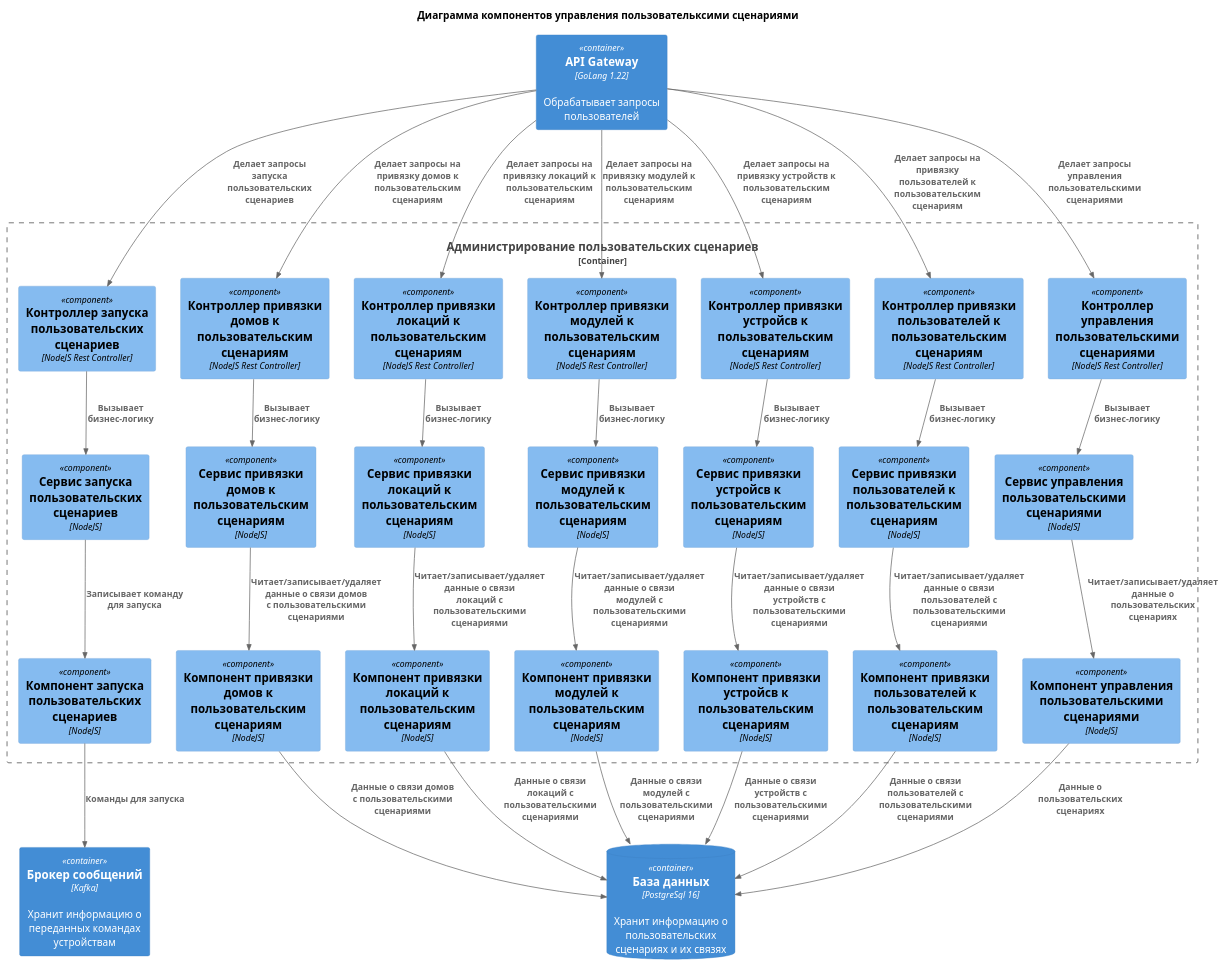
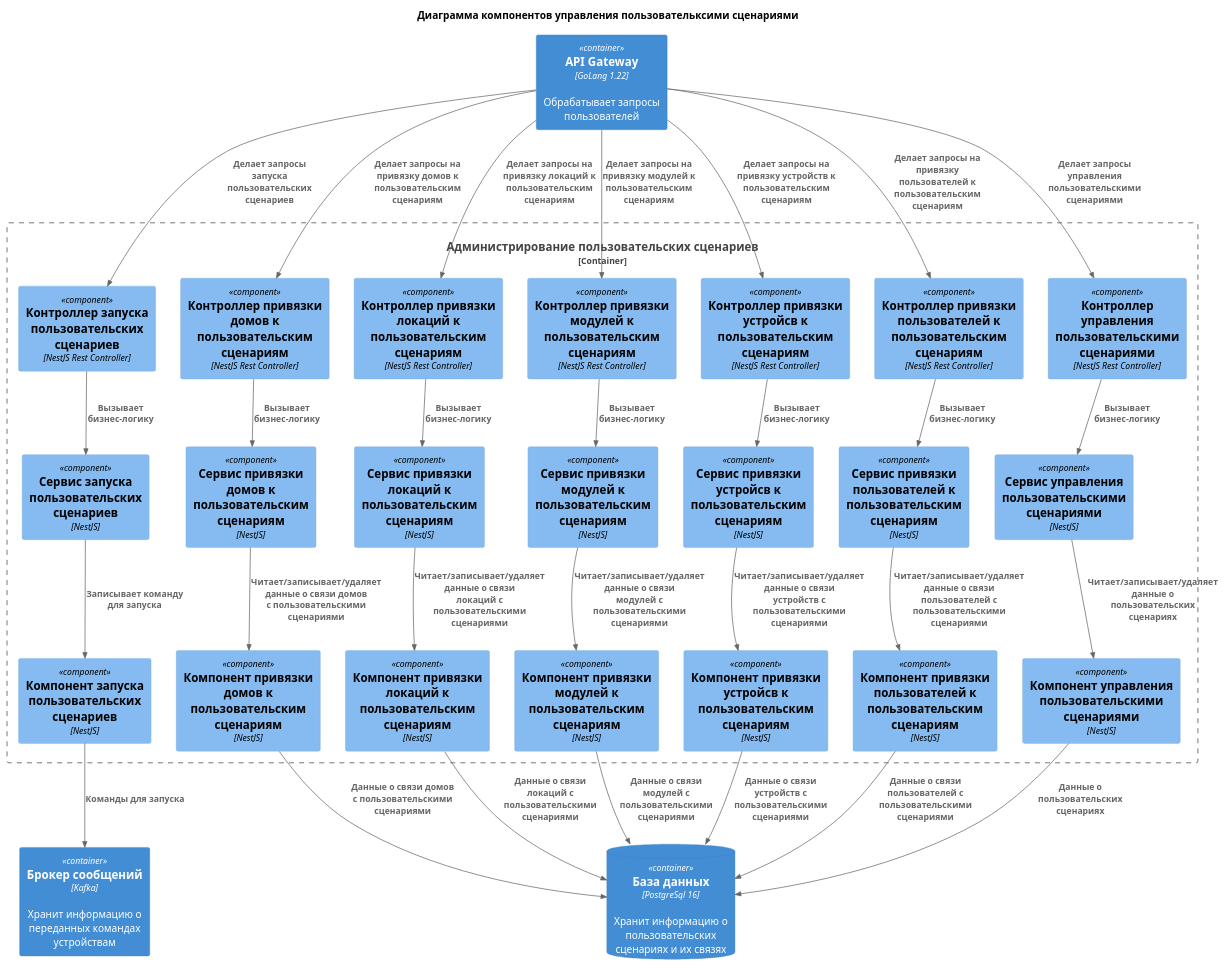
The diagram in diagrams/components/Scenarios.puml (xSparKIx/architecture-pro-warmhouse), drawn with PlantUML before and after one commit. The commit also changed 31 other files, not shown here.

```diff
--- a/diagrams/components/Scenarios.puml
+++ b/diagrams/components/Scenarios.puml
@@ -1,91 +1,91 @@
 @startuml Scenarios component diagram
 title Диаграмма компонентов управления пользовательксими сценариями
 
 !include ../templates/C4_Component.puml
 
 ' Внешние сущности
 Container(APIGateway, "API Gateway", "GoLang 1.22", "Обрабатывает запросы пользователей")
 ContainerDb(db, "База данных", "PostgreSql 16", "Хранит информацию о пользовательских сценариях и их связях")
 Container(broker, "Брокер сообщений", "Kafka", "Хранит информацию о переданных командах устройствам")
 
 ' Контейнер администрирования пользователей
 Container_Boundary(ScenariosContainer, "Администрирование пользовательских сценариев") {
     ' Управление пользовательскими сценариями
-    Component(ScenariosController, "Контроллер управления пользовательскими сценариями", "NodeJS Rest Controller")
-    Component(ScenariosService, "Сервис управления пользовательскими сценариями", "NodeJS")
-    Component(ScenariosComponent, "Компонент управления пользовательскими сценариями", "NodeJS")
+    Component(ScenariosController, "Контроллер управления пользовательскими сценариями", "NestJS Rest Controller")
+    Component(ScenariosService, "Сервис управления пользовательскими сценариями", "NestJS")
+    Component(ScenariosComponent, "Компонент управления пользовательскими сценариями", "NestJS")
 
     ' Запуск пользовательских сценариев
-    Component(ScenariosRunController, "Контроллер запуска пользовательских сценариев", "NodeJS Rest Controller")
-    Component(ScenariosRunService, "Сервис запуска пользовательских сценариев", "NodeJS")
-    Component(ScenariosRunComponent, "Компонент запуска пользовательских сценариев", "NodeJS")
+    Component(ScenariosRunController, "Контроллер запуска пользовательских сценариев", "NestJS Rest Controller")
+    Component(ScenariosRunService, "Сервис запуска пользовательских сценариев", "NestJS")
+    Component(ScenariosRunComponent, "Компонент запуска пользовательских сценариев", "NestJS")
 
     ' Привязка домов к пользовательским сценариям
-    Component(HousesConnectController, "Контроллер привязки домов к пользовательским сценариям", "NodeJS Rest Controller")
-    Component(HousesConnectService, "Сервис привязки домов к пользовательским сценариям", "NodeJS")
-    Component(HousesConnectComponent, "Компонент привязки домов к пользовательским сценариям", "NodeJS")
+    Component(HousesConnectController, "Контроллер привязки домов к пользовательским сценариям", "NestJS Rest Controller")
+    Component(HousesConnectService, "Сервис привязки домов к пользовательским сценариям", "NestJS")
+    Component(HousesConnectComponent, "Компонент привязки домов к пользовательским сценариям", "NestJS")
 
     ' Привязка локаций к пользовательским сценариям
-    Component(LocationsConnectController, "Контроллер привязки локаций к пользовательским сценариям", "NodeJS Rest Controller")
-    Component(LocationsConnectService, "Сервис привязки локаций к пользовательским сценариям", "NodeJS")
-    Component(LocationsConnectComponent, "Компонент привязки локаций к пользовательским сценариям", "NodeJS")
+    Component(LocationsConnectController, "Контроллер привязки локаций к пользовательским сценариям", "NestJS Rest Controller")
+    Component(LocationsConnectService, "Сервис привязки локаций к пользовательским сценариям", "NestJS")
+    Component(LocationsConnectComponent, "Компонент привязки локаций к пользовательским сценариям", "NestJS")
 
     ' Привязка модулей к пользовательским сценариям
-    Component(ModulesConnectController, "Контроллер привязки модулей к пользовательским сценариям", "NodeJS Rest Controller")
-    Component(ModulesConnectService, "Сервис привязки модулей к пользовательским сценариям", "NodeJS")
-    Component(ModulesConnectComponent, "Компонент привязки модулей к пользовательским сценариям", "NodeJS")
+    Component(ModulesConnectController, "Контроллер привязки модулей к пользовательским сценариям", "NestJS Rest Controller")
+    Component(ModulesConnectService, "Сервис привязки модулей к пользовательским сценариям", "NestJS")
+    Component(ModulesConnectComponent, "Компонент привязки модулей к пользовательским сценариям", "NestJS")
 
     ' Привязка устройсв к пользовательским сценариям
-    Component(DevicesConnectController, "Контроллер привязки устройсв к пользовательским сценариям", "NodeJS Rest Controller")
-    Component(DevicesConnectService, "Сервис привязки устройсв к пользовательским сценариям", "NodeJS")
-    Component(DevicesConnectComponent, "Компонент привязки устройсв к пользовательским сценариям", "NodeJS")
+    Component(DevicesConnectController, "Контроллер привязки устройсв к пользовательским сценариям", "NestJS Rest Controller")
+    Component(DevicesConnectService, "Сервис привязки устройсв к пользовательским сценариям", "NestJS")
+    Component(DevicesConnectComponent, "Компонент привязки устройсв к пользовательским сценариям", "NestJS")
 
     ' Привязка пользователей к пользовательским сценариям
-    Component(UsersConnectController, "Контроллер привязки пользователей к пользовательским сценариям", "NodeJS Rest Controller")
-    Component(UsersConnectService, "Сервис привязки пользователей к пользовательским сценариям", "NodeJS")
-    Component(UsersConnectComponent, "Компонент привязки пользователей к пользовательским сценариям", "NodeJS")
+    Component(UsersConnectController, "Контроллер привязки пользователей к пользовательским сценариям", "NestJS Rest Controller")
+    Component(UsersConnectService, "Сервис привязки пользователей к пользовательским сценариям", "NestJS")
+    Component(UsersConnectComponent, "Компонент привязки пользователей к пользовательским сценариям", "NestJS")
 }
 
 ' Связи управления пользовательскими сценариями
 Rel(APIGateway, ScenariosController, "Делает запросы управления пользовательскими сценариями")
 Rel(ScenariosController, ScenariosService, "Вызывает бизнес-логику")
 Rel(ScenariosService, ScenariosComponent, "Читает/записывает/удаляет данные о пользовательских сценариях")
 Rel(ScenariosComponent, db, "Данные о пользовательских сценариях")
 
 ' Связи запуска пользовательских сценариев
 Rel(APIGateway, ScenariosRunController, "Делает запросы запуска пользовательских сценариев")
 Rel(ScenariosRunController, ScenariosRunService, "Вызывает бизнес-логику")
 Rel(ScenariosRunService, ScenariosRunComponent, "Записывает команду для запуска")
 Rel(ScenariosRunComponent, broker, "Команды для запуска")
 
 ' Связи привязки домов к пользовательским сценариям
 Rel(APIGateway, HousesConnectController, "Делает запросы на привязку домов к пользовательским сценариям")
 Rel(HousesConnectController, HousesConnectService, "Вызывает бизнес-логику")
 Rel(HousesConnectService, HousesConnectComponent, "Читает/записывает/удаляет данные о связи домов с пользовательскими сценариями")
 Rel(HousesConnectComponent, db, "Данные о связи домов с пользовательскими сценариями")
 
 ' Связи привязки локаций к пользовательским сценариям
 Rel(APIGateway, LocationsConnectController, "Делает запросы на привязку локаций к пользовательским сценариям")
 Rel(LocationsConnectController, LocationsConnectService, "Вызывает бизнес-логику")
 Rel(LocationsConnectService, LocationsConnectComponent, "Читает/записывает/удаляет данные о связи локаций с пользовательскими сценариями")
 Rel(LocationsConnectComponent, db, "Данные о связи локаций с пользовательскими сценариями")
 
 ' Связи привязки модулей к пользовательским сценариям
 Rel(APIGateway, ModulesConnectController, "Делает запросы на привязку модулей к пользовательским сценариям")
 Rel(ModulesConnectController, ModulesConnectService, "Вызывает бизнес-логику")
 Rel(ModulesConnectService, ModulesConnectComponent, "Читает/записывает/удаляет данные о связи модулей с пользовательскими сценариями")
 Rel(ModulesConnectComponent, db, "Данные о связи модулей с пользовательскими сценариями")
 
 ' Связи привязки устройств к пользовательским сценариям
 Rel(APIGateway, DevicesConnectController, "Делает запросы на привязку устройств к пользовательским сценариям")
 Rel(DevicesConnectController, DevicesConnectService, "Вызывает бизнес-логику")
 Rel(DevicesConnectService, DevicesConnectComponent, "Читает/записывает/удаляет данные о связи устройств с пользовательскими сценариями")
 Rel(DevicesConnectComponent, db, "Данные о связи устройств с пользовательскими сценариями")
 
 ' Связи привязки пользователей к пользовательским сценариям
 Rel(APIGateway, UsersConnectController, "Делает запросы на привязку пользователей к пользовательским сценариям")
 Rel(UsersConnectController, UsersConnectService, "Вызывает бизнес-логику")
 Rel(UsersConnectService, UsersConnectComponent, "Читает/записывает/удаляет данные о связи пользователей с пользовательскими сценариями")
 Rel(UsersConnectComponent, db, "Данные о связи пользователей с пользовательскими сценариями")
 
 @endmul
```
